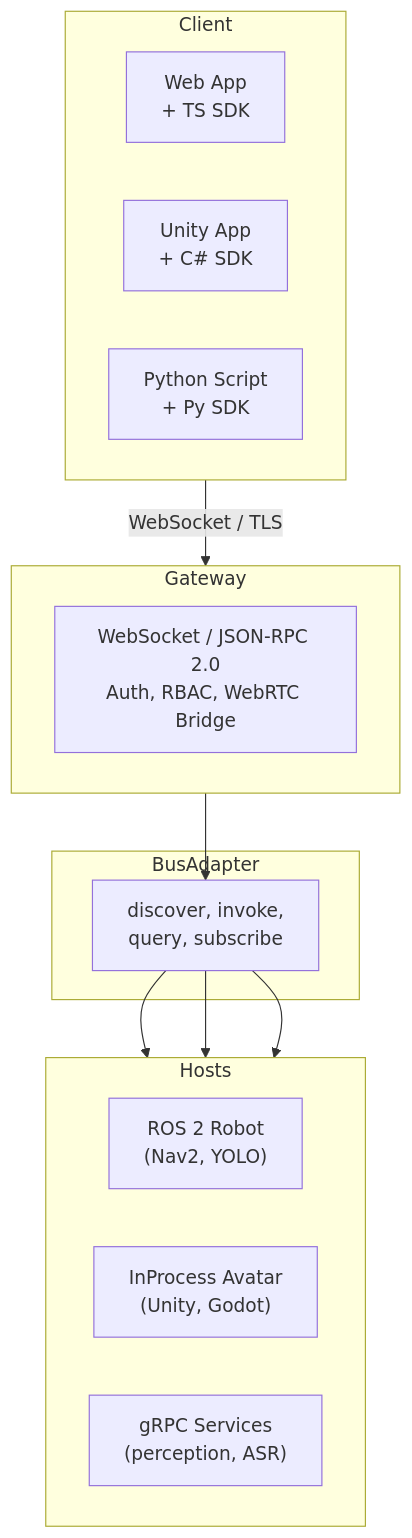
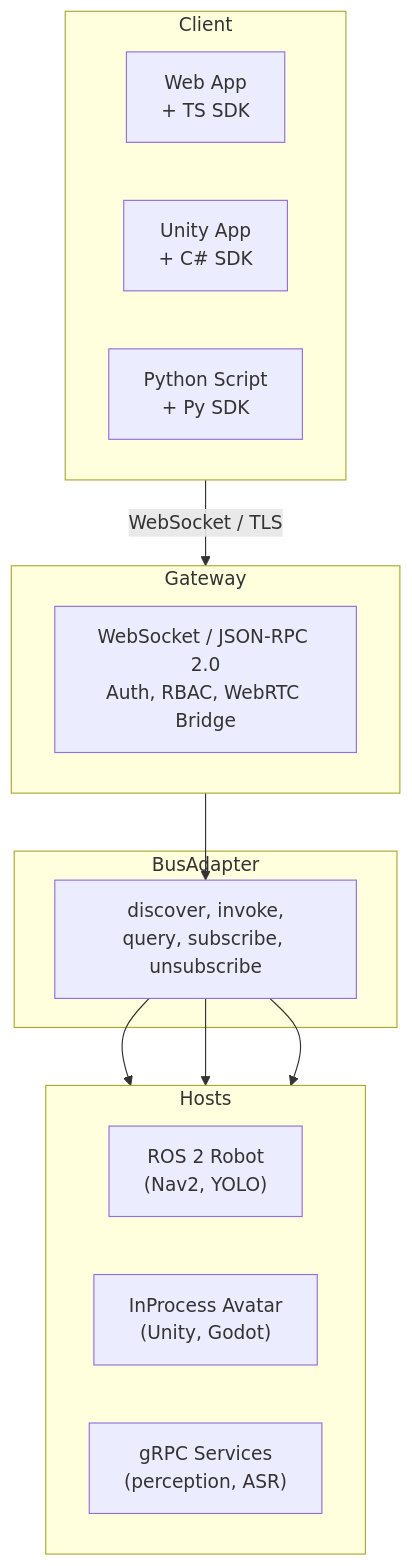
One commit to openrois/.github changed the diagram in profile/README.md. Above: the diagram before and after it, drawn with Mermaid. The commit also changed other lines of this file, not shown here.

````diff
--- a/profile/README.md
+++ b/profile/README.md
@@ -28,30 +28,30 @@
 ```mermaid
 flowchart TB
     subgraph L1["Client"]
         direction LR
         WebApp["Web App<br/>+ TS SDK"]
         UnityApp["Unity App<br/>+ C# SDK"]
         PyScript["Python Script<br/>+ Py SDK"]
     end
 
     subgraph L2["Gateway"]
         GW["WebSocket / JSON-RPC 2.0<br/>Auth, RBAC, WebRTC Bridge"]
     end
 
     subgraph L3["BusAdapter"]
-        Bus["discover, invoke,<br/>query, subscribe"]
+        Bus["discover, invoke,<br/>query, subscribe, unsubscribe"]
     end
 
     subgraph L4["Hosts"]
         direction LR
         Robot["ROS 2 Robot<br/>(Nav2, YOLO)"]
         Avatar["InProcess Avatar<br/>(Unity, Godot)"]
         Services["gRPC Services<br/>(perception, ASR)"]
     end
 
     L1 -->|"WebSocket / TLS"| L2
     L2 --> Bus
     Bus --> Robot
     Bus --> Avatar
     Bus --> Services
 ```
````
